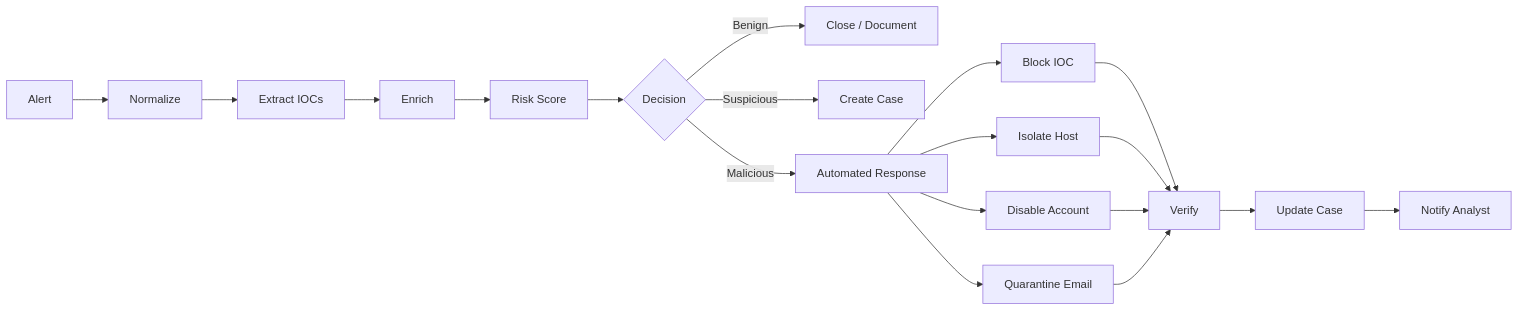
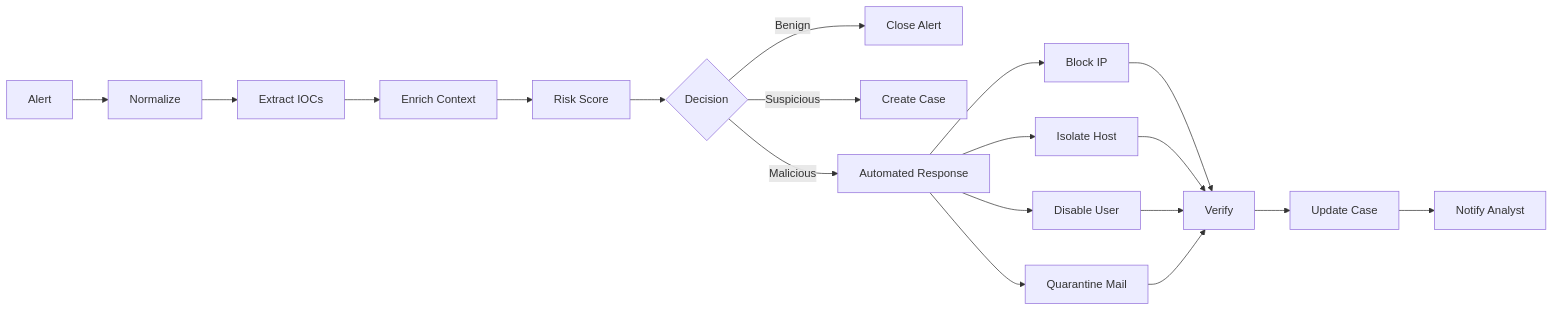
The second of 2 diagrams in README.md (ishandutta2007/Awesome-Security-Orchestration), drawn with Mermaid before and after one commit. The commit also changed other lines of this file and 2 other files, not shown here.

````diff
--- a/README.md
+++ b/README.md
@@ -622,25 +342,25 @@
 ```mermaid
 flowchart LR
     A[Alert] --> B[Normalize]
     B --> C[Extract IOCs]
-    C --> D[Enrich]
+    C --> D[Enrich Context]
     D --> E[Risk Score]
     E --> F{Decision}
 
-    F -->|Benign| G[Close / Document]
+    F -->|Benign| G[Close Alert]
     F -->|Suspicious| H[Create Case]
     F -->|Malicious| I[Automated Response]
 
-    I --> J[Block IOC]
+    I --> J[Block IP]
     I --> K[Isolate Host]
-    I --> L[Disable Account]
-    I --> M[Quarantine Email]
+    I --> L[Disable User]
+    I --> M[Quarantine Mail]
 
     J --> N[Verify]
     K --> N
     L --> N
     M --> N
 
     N --> O[Update Case]
     O --> P[Notify Analyst]
 ```
````
